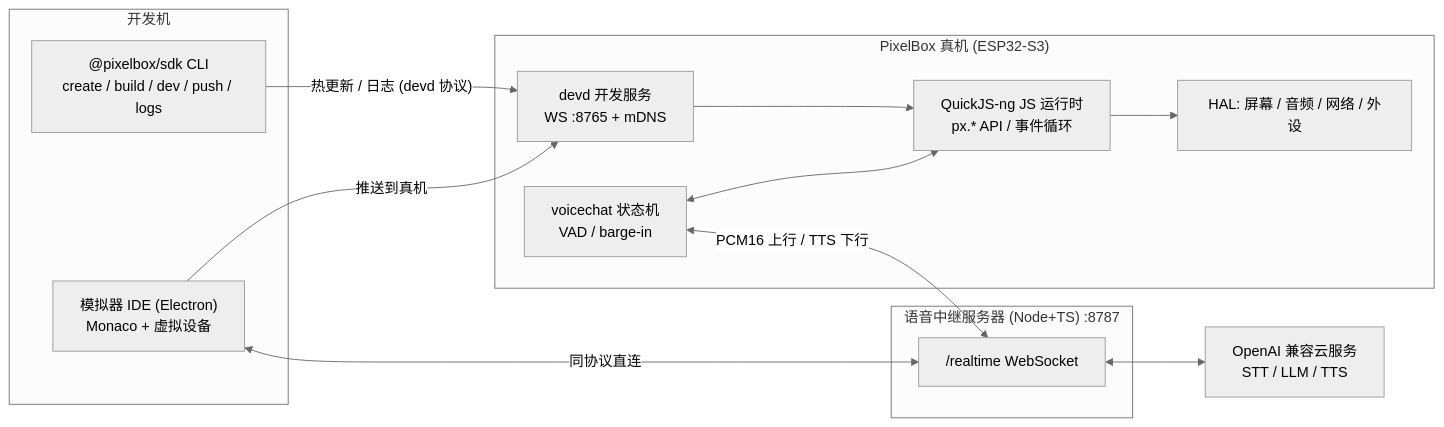
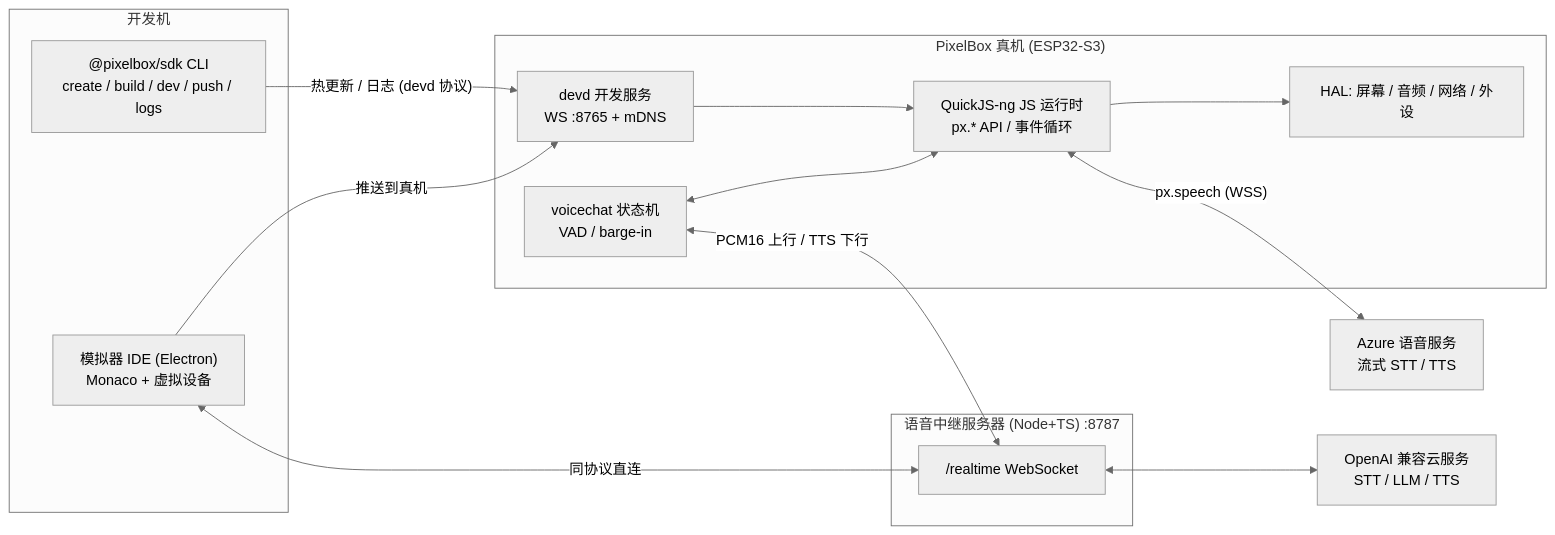
One commit to spianmo/PixelBoxProject changed the diagram in README.md. Above: the diagram before and after it, drawn with Mermaid (neutral theme). The commit also changed other lines of this file, not shown here.

````diff
--- a/README.md
+++ b/README.md
@@ -33,29 +46,31 @@
 ```mermaid
 flowchart LR
   subgraph DEV["开发机"]
     CLI["@pixelbox/sdk CLI<br/>create / build / dev / push / logs"]
     SIM["模拟器 IDE (Electron)<br/>Monaco + 虚拟设备"]
   end
 
   subgraph BOX["PixelBox 真机 (ESP32-S3)"]
     DEVD["devd 开发服务<br/>WS :8765 + mDNS"]
     JSVM["QuickJS-ng JS 运行时<br/>px.* API / 事件循环"]
     HAL["HAL: 屏幕 / 音频 / 网络 / 外设"]
     VC["voicechat 状态机<br/>VAD / barge-in"]
   end
 
   subgraph SRV["语音中继服务器 (Node+TS) :8787"]
     RELAY["/realtime WebSocket"]
   end
 
   CLOUD["OpenAI 兼容云服务<br/>STT / LLM / TTS"]
+  AZURE["Azure 语音服务<br/>流式 STT / TTS"]
 
   CLI -- "热更新 / 日志 (devd 协议)" --> DEVD
   SIM -- "推送到真机" --> DEVD
   DEVD --> JSVM
   JSVM --> HAL
   VC <--> JSVM
   VC <-- "PCM16 上行 / TTS 下行" --> RELAY
   SIM <-- "同协议直连" --> RELAY
   RELAY <--> CLOUD
+  JSVM <-- "px.speech (WSS)" --> AZURE
 ```
````
